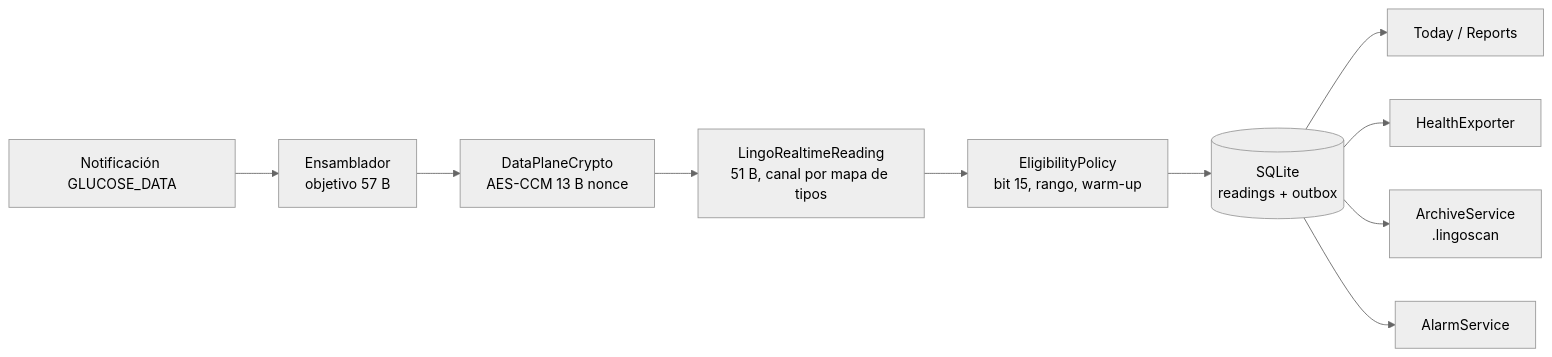
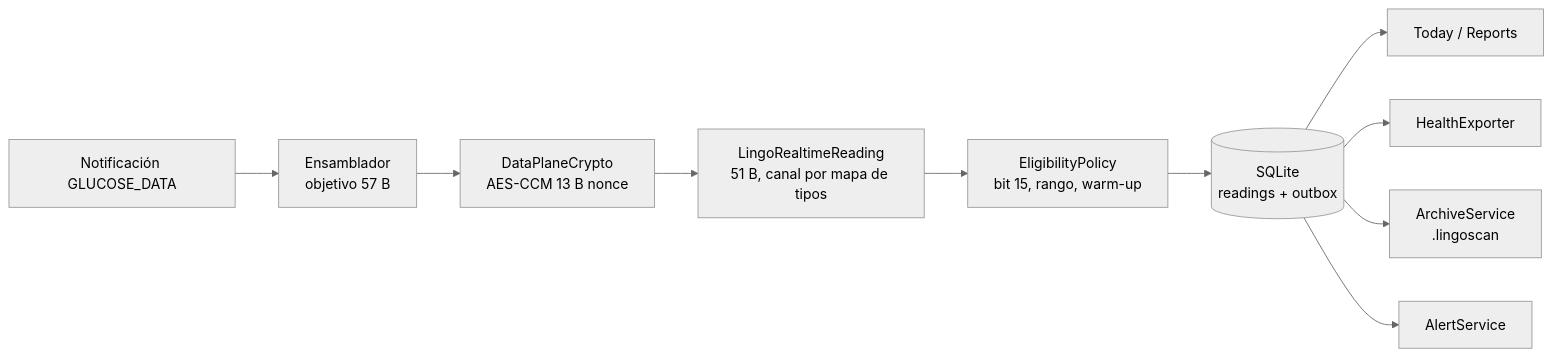
Before and after one commit to juandiab/Lingclose: the second of 2 diagrams in ARQUITECTURA.md, drawn with Mermaid (neutral theme). The commit also changed other lines of this file and 71 other files, not shown here.

````diff
--- a/ARQUITECTURA.md
+++ b/ARQUITECTURA.md
@@ -83,12 +83,12 @@
 ```mermaid
 flowchart LR
   BLE[Notificación GLUCOSE_DATA] --> ASM[Ensamblador<br/>objetivo 57 B]
   ASM --> DEC[DataPlaneCrypto<br/>AES-CCM 13 B nonce]
   DEC --> PARSE[LingoRealtimeReading<br/>51 B, canal por mapa de tipos]
   PARSE --> ELIG[EligibilityPolicy<br/>bit 15, rango, warm-up]
   ELIG --> STORE[(SQLite<br/>readings + outbox)]
   STORE --> UI[Today / Reports]
   STORE --> HK[HealthExporter]
   STORE --> ARCH[ArchiveService<br/>.lingoscan]
-  STORE --> ALARM[AlarmService]
+  STORE --> ALARM[AlertService]
 ```
````
